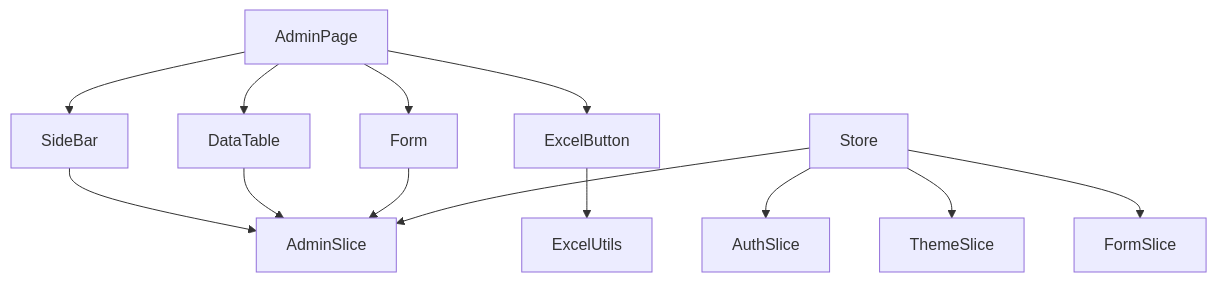
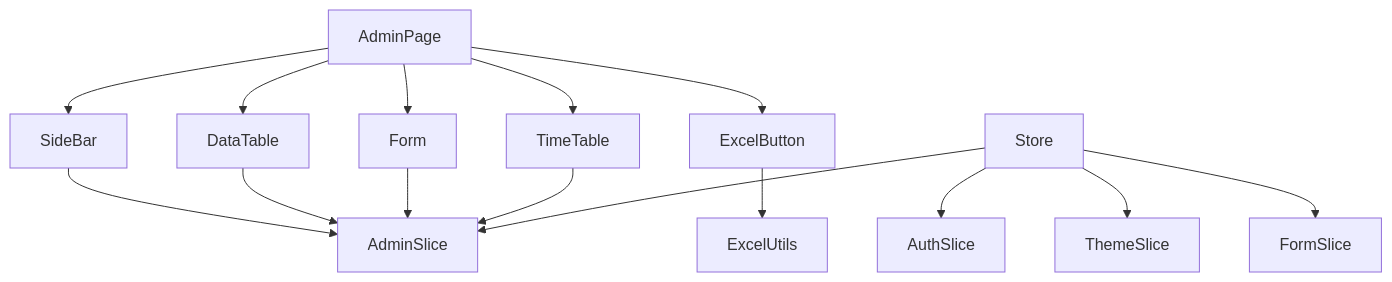
Before and after one commit to Aryan9060/Timetable-Project: the seventh of 7 diagrams in .qoder/repowiki/en/content/Component Library/Dashboard Components.md, drawn with Mermaid. The commit also changed other lines of this file and 6 other files, not shown here.

````diff
--- a/.qoder/repowiki/en/content/Component Library/Dashboard Components.md
+++ b/.qoder/repowiki/en/content/Component Library/Dashboard Components.md
@@ -325,15 +399,17 @@
 ```mermaid
 graph TB
 SideBar --> AdminSlice
 DataTable --> AdminSlice
 Form --> AdminSlice
+TimeTable --> AdminSlice
 AdminPage --> SideBar
 AdminPage --> DataTable
 AdminPage --> Form
 AdminPage --> ExcelButton
+AdminPage --> TimeTable
 ExcelButton --> ExcelUtils
 Store --> AdminSlice
 Store --> AuthSlice
 Store --> ThemeSlice
 Store --> FormSlice
 ```
````
